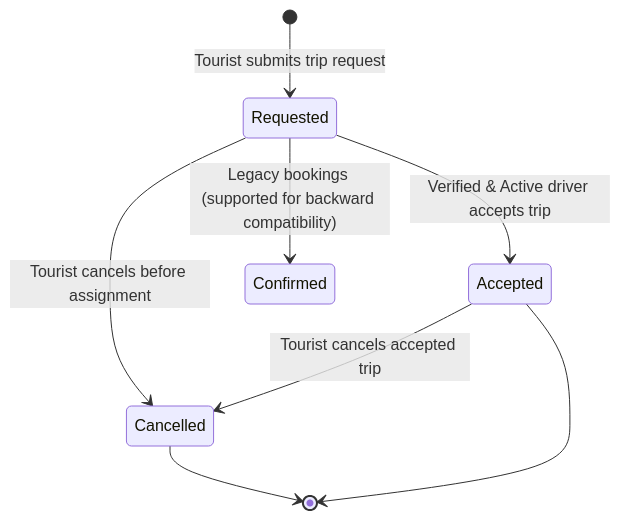
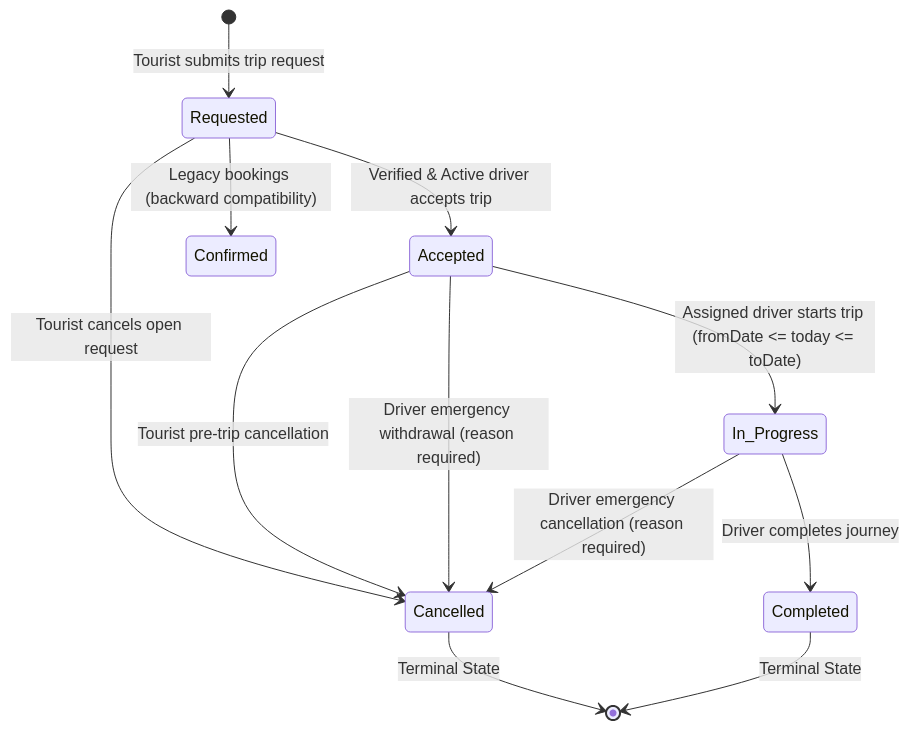
One commit to venkannarankireddy/Destination-Paradise changed the diagram in docs/ARCHITECTURE.md. Above: the diagram before and after it, drawn with Mermaid. The commit also changed other lines of this file and 7 other files, not shown here.

````diff
--- a/docs/ARCHITECTURE.md
+++ b/docs/ARCHITECTURE.md
@@ -180,10 +181,14 @@
 ```mermaid
 stateDiagram-v2
     [*] --> Requested: Tourist submits trip request
     Requested --> Accepted: Verified & Active driver accepts trip
-    Requested --> Cancelled: Tourist cancels before assignment
-    Accepted --> Cancelled: Tourist cancels accepted trip
-    Requested --> Confirmed: Legacy bookings (supported for backward compatibility)
-    Cancelled --> [*]
-    Accepted --> [*]
+    Requested --> Cancelled: Tourist cancels open request
+    Accepted --> In_Progress: Assigned driver starts trip (fromDate <= today <= toDate)
+    Accepted --> Cancelled: Tourist pre-trip cancellation
+    Accepted --> Cancelled: Driver emergency withdrawal (reason required)
+    In_Progress --> Completed: Driver completes journey
+    In_Progress --> Cancelled: Driver emergency cancellation (reason required)
+    Requested --> Confirmed: Legacy bookings (backward compatibility)
+    Cancelled --> [*]: Terminal State
+    Completed --> [*]: Terminal State
 ```
````
